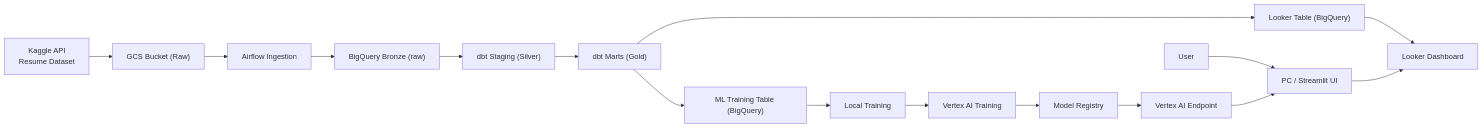
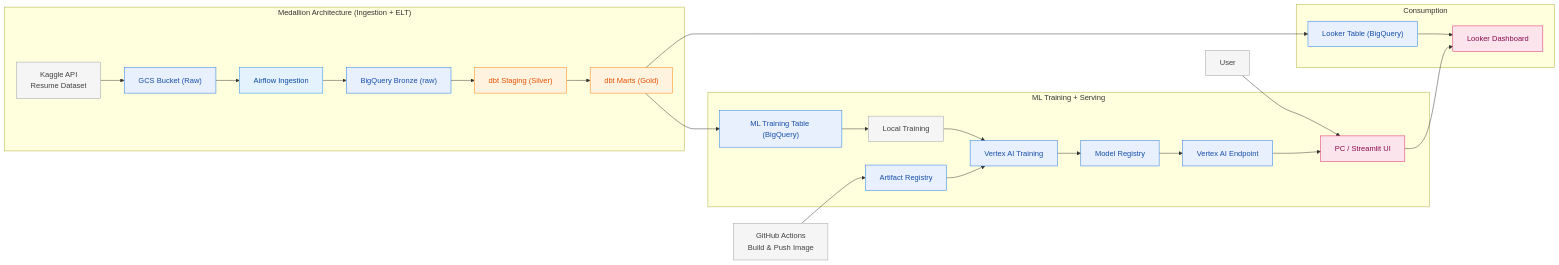
One commit to yvankondjo/VertexOps-Pipeline changed the diagram in README.md. Above: the diagram before and after it, drawn with Mermaid. The commit also changed other lines of this file, not shown here.

````diff
--- a/README.md
+++ b/README.md
@@ -10,26 +10,46 @@
 ```mermaid
 flowchart LR
   U["User"] --> UI["PC / Streamlit UI"];
 
-  %% Medallion (Ingestion + ELT)
-  K["Kaggle API\nResume Dataset"] --> G["GCS Bucket (Raw)"];
-  G --> AQ["Airflow Ingestion"];
-  AQ --> BQ1["BigQuery Bronze (raw)"];
-  BQ1 --> DBT1["dbt Staging (Silver)"];
-  DBT1 --> DBT2["dbt Marts (Gold)"];
+  %% CI/CD container build
+  GH["GitHub Actions\nBuild & Push Image"] --> AR["Artifact Registry"];
+
+  subgraph MED["Medallion Architecture (Ingestion + ELT)"]
+    K["Kaggle API\nResume Dataset"] --> G["GCS Bucket (Raw)"];
+    G --> AQ["Airflow Ingestion"];
+    AQ --> BQ1["BigQuery Bronze (raw)"];
+    BQ1 --> DBT1["dbt Staging (Silver)"];
+    DBT1 --> DBT2["dbt Marts (Gold)"];
+  end
 
   %% Two downstream tables
   DBT2 --> BQ_LOOK["Looker Table (BigQuery)"];
   DBT2 --> BQ_ML["ML Training Table (BigQuery)"];
 
-  %% ML training + serving
-  BQ_ML --> LOCAL["Local Training"];
-  LOCAL --> VTX["Vertex AI Training"];
-  VTX --> REG["Model Registry"];
-  REG --> EP["Vertex AI Endpoint"];
-  EP --> UI;
+  subgraph MLS["ML Training + Serving"]
+    BQ_ML --> LOCAL["Local Training"];
+    LOCAL --> VTX["Vertex AI Training"];
+    AR --> VTX;
+    VTX --> REG["Model Registry"];
+    REG --> EP["Vertex AI Endpoint"];
+    EP --> UI;
+  end
 
-  %% BI & consumption
-  BQ_LOOK --> LOOK["Looker Dashboard"];
-  UI --> LOOK;
+  subgraph CONS["Consumption"]
+    BQ_LOOK --> LOOK["Looker Dashboard"];
+    UI --> LOOK;
+  end
+
+  %% Styling
+  classDef gcp fill:#E8F0FE,stroke:#1A73E8,stroke-width:1px,color:#174EA6;
+  classDef dbt fill:#FFF3E0,stroke:#F57C00,stroke-width:1px,color:#E65100;
+  classDef airflow fill:#E3F2FD,stroke:#1E88E5,stroke-width:1px,color:#0D47A1;
+  classDef ui fill:#FCE4EC,stroke:#D81B60,stroke-width:1px,color:#880E4F;
+  classDef neutral fill:#F5F5F5,stroke:#9E9E9E,stroke-width:1px,color:#424242;
+
+  class G,BQ1,BQ_LOOK,BQ_ML,VTX,REG,EP,AR gcp;
+  class DBT1,DBT2 dbt;
+  class AQ airflow;
+  class UI,LOOK ui;
+  class U,LOCAL,GH,K neutral;
 ```
````
